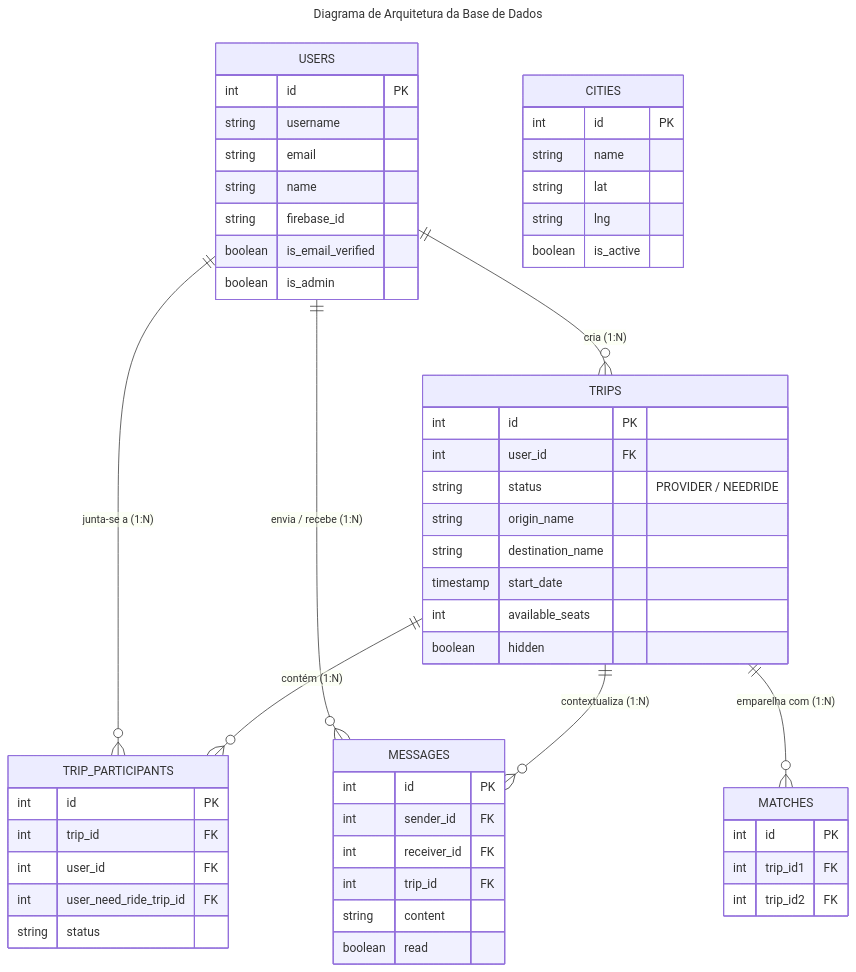
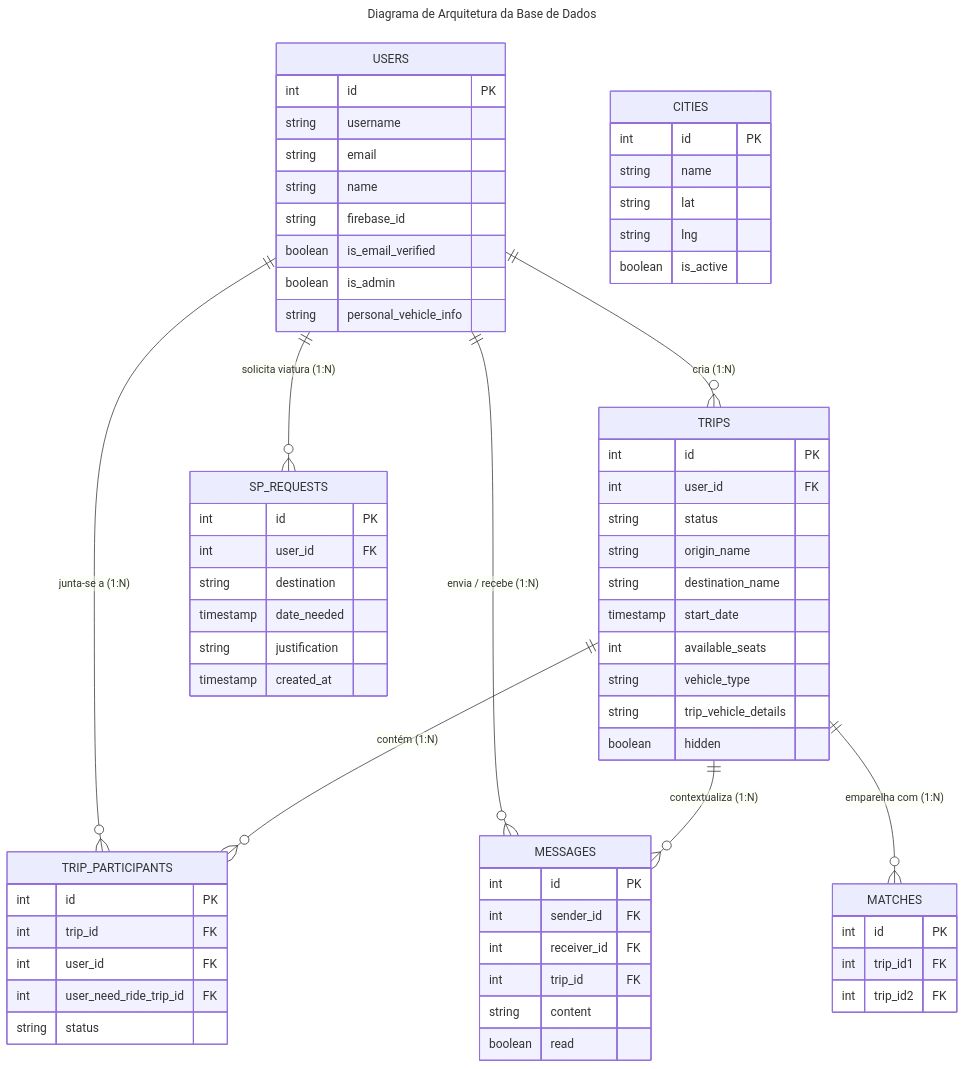
Before and after one commit to joaosantos1231209/Road-Buddies: the diagram in Documentation/base-dados.md, drawn with Mermaid. The commit also changed 14 other files, not shown here.

````diff
--- a/Documentation/base-dados.md
+++ b/Documentation/base-dados.md
@@ -1,67 +1,80 @@
 ```mermaid
 ---
 title: Diagrama de Arquitetura da Base de Dados
 ---
 erDiagram
     %% Tabelas e Atributos Principais
     USERS {
         int id PK
         string username
         string email
         string name
         string firebase_id
         boolean is_email_verified
         boolean is_admin
+        string personal_vehicle_info
     }
 
     TRIPS {
         int id PK
         int user_id FK
-        string status "PROVIDER / NEEDRIDE"
+        string status 
         string origin_name
         string destination_name
         timestamp start_date
         int available_seats
+        string vehicle_type 
+        string trip_vehicle_details 
         boolean hidden
     }
 
     TRIP_PARTICIPANTS {
         int id PK
         int trip_id FK
         int user_id FK
         int user_need_ride_trip_id FK
         string status
     }
 
     MESSAGES {
         int id PK
         int sender_id FK
         int receiver_id FK
         int trip_id FK
         string content
         boolean read
     }
 
     MATCHES {
         int id PK
         int trip_id1 FK
         int trip_id2 FK
     }
 
     CITIES {
         int id PK
         string name
         string lat
         string lng
         boolean is_active
     }
 
+    SP_REQUESTS {
+        int id PK
+        int user_id FK
+        string destination 
+        timestamp date_needed 
+        string justification 
+        timestamp created_at 
+    }
+
     %% Relações (Foreign Keys)
     USERS ||--o{ TRIPS : "cria (1:N)"
     USERS ||--o{ TRIP_PARTICIPANTS : "junta-se a (1:N)"
     USERS ||--o{ MESSAGES : "envia / recebe (1:N)"
+    USERS ||--o{ SP_REQUESTS : "solicita viatura (1:N)"
     
     TRIPS ||--o{ TRIP_PARTICIPANTS : "contém (1:N)"
     TRIPS ||--o{ MESSAGES : "contextualiza (1:N)"
     TRIPS ||--o{ MATCHES : "emparelha com (1:N)"
 ```
````
